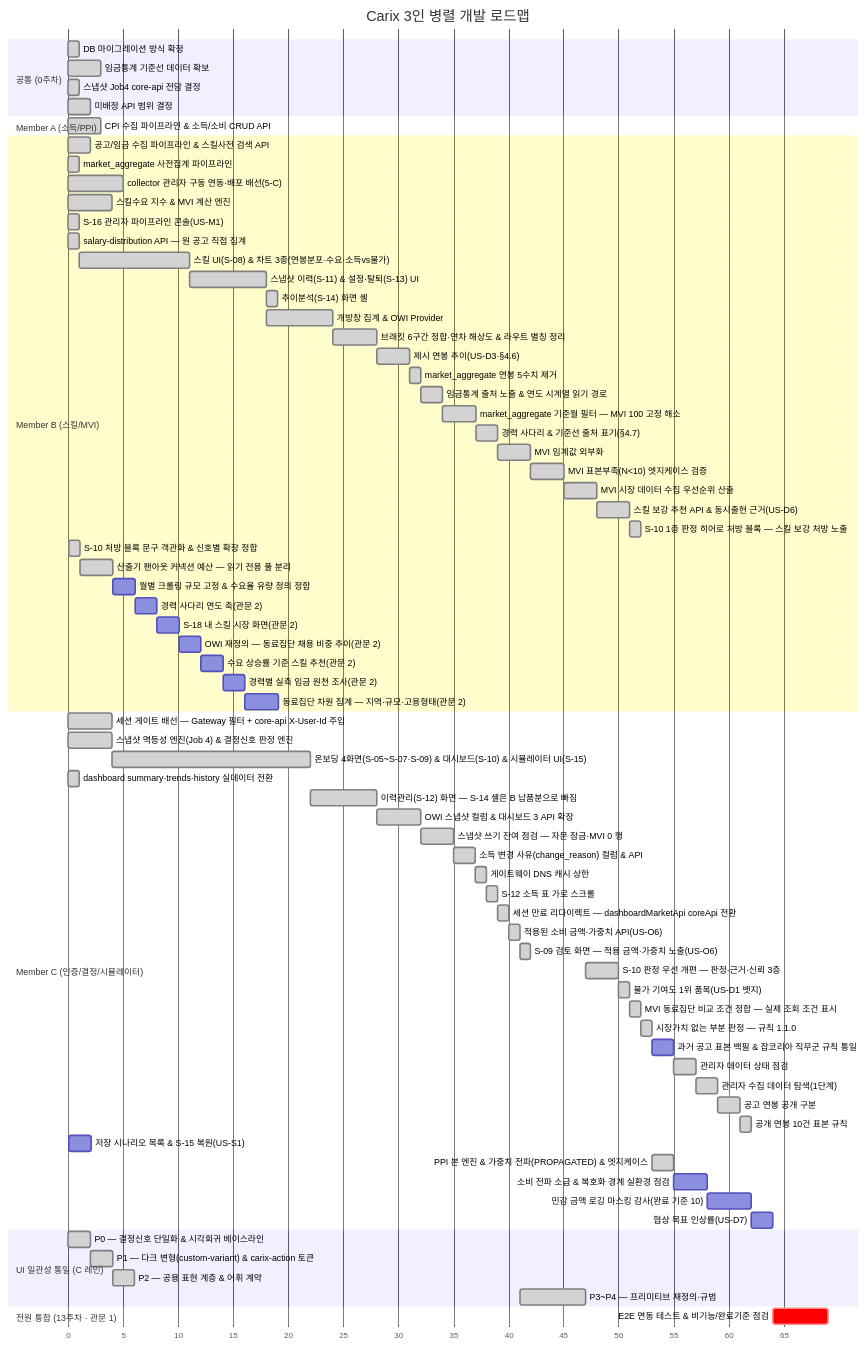
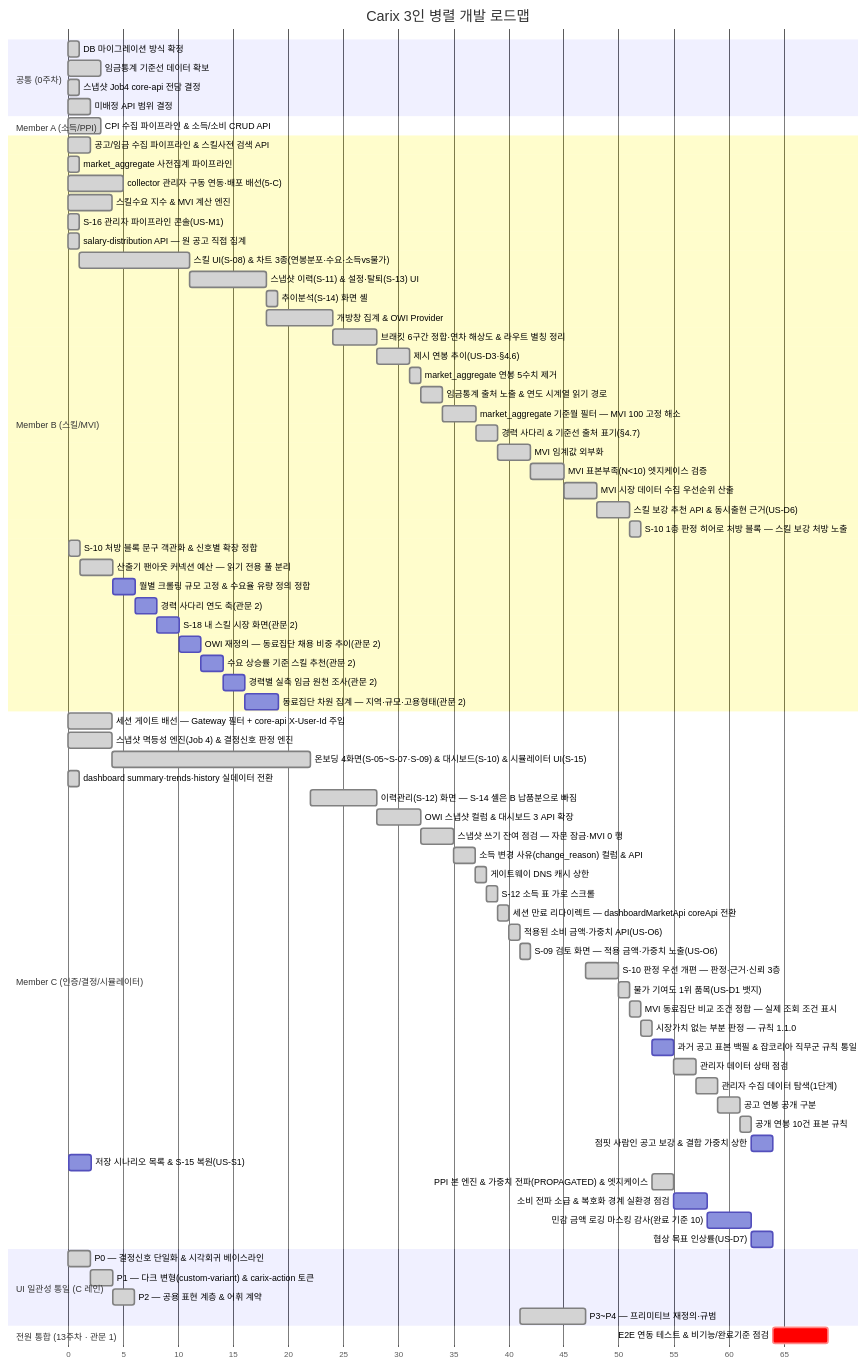
The first of 2 diagrams in docs/plans/carix-dev-plan.md (SeoHyeokGyu/Carix), drawn with Mermaid before and after one commit. The commit also changed other lines of this file and 6 other files, not shown here.

````diff
--- a/docs/plans/carix-dev-plan.md
+++ b/docs/plans/carix-dev-plan.md
@@ -94,79 +94,80 @@
 ```mermaid
 gantt
     title Carix 3인 병렬 개발 로드맵
     dateFormat X
     axisFormat %s
     section 공통 (0주차)
     DB 마이그레이션 방식 확정 :done, c0a, 0, 1s
     임금통계 기준선 데이터 확보 :done, a0, 3, 3s
     스냅샷 Job4 core-api 전담 결정 :done, i0, 7, 1s
     미배정 API 범위 결정 :done, c0, 7, 2s
     section Member A (소득/PPI)
     CPI 수집 파이프라인 & 소득/소비 CRUD API :done, a1, 12, 3s
     section Member B (스킬/MVI)
     공고/임금 수집 파이프라인 & 스킬사전 검색 API :done, b1, 2, 2s
     market_aggregate 사전집계 파이프라인 :done, b2a, 3, 1s
     collector 관리자 구동 연동·배포 배선(5-C) :done, b0, 7, 5s
     스킬수요 지수 & MVI 계산 엔진 :done, b2, 8, 4s
     S-16 관리자 파이프라인 콘솔(US-M1) :done, b16, 14, 1s
     salary-distribution API — 원 공고 직접 집계 :done, b3a, 15, 1s
     스킬 UI(S-08) & 차트 3종(연봉분포·수요·소득vs물가) :done, b3, after b3a, 10s
     스냅샷 이력(S-11) & 설정·탈퇴(S-13) UI :done, b4, after b3, 7s
     추이분석(S-14) 화면 셸 :done, b4a, after b4, 1s
     개방창 집계 & OWI Provider :done, b6, after b4, 6s
     브래킷 6구간 정합·연차 해상도 & 라우트 별칭 정리 :done, b7, after b6, 4s
     제시 연봉 추이(US-D3·§4.6) :done, b10, after b7, 3s
     market_aggregate 연봉 5수치 제거 :done, b11, after b10, 1s
     임금통계 출처 노출 & 연도 시계열 읽기 경로 :done, b13, after b11, 2s
     market_aggregate 기준월 필터 — MVI 100 고정 해소 :done, b18, after b13, 3s
     경력 사다리 & 기준선 출처 표기(§4.7) :done, b12, after b18, 2s
     MVI 임계값 외부화 :done, b8, after b12, 3s
     MVI 표본부족(N<10) 엣지케이스 검증 :done, b8a, after b8, 3s
     MVI 시장 데이터 수집 우선순위 산출 :done, b8b, after b8a, 3s
     스킬 보강 추천 API & 동시출현 근거(US-D6) :done, b9, after b8b, 3s
     S-10 1층 판정 히어로 처방 블록 — 스킬 보강 처방 노출 :done, b15, after b9, 1s
     S-10 처방 블록 문구 객관화 & 신호별 확장 정합 :done, b20, 83, 1s
     산출기 팬아웃 커넥션 예산 — 읽기 전용 풀 분리 :done, b17, after b20, 3s
     월별 크롤링 규모 고정 & 수요율 유량 정의 정합 :b21, after b17, 2s
     경력 사다리 연도 축(관문 2) :b14, after b21, 2s
     S-18 내 스킬 시장 화면(관문 2) :b19, after b14, 2s
     OWI 재정의 — 동료집단 채용 비중 추이(관문 2) :b22, after b19, 2s
     수요 상승률 기준 스킬 추천(관문 2) :b23, after b22, 2s
     경력별 실측 임금 원천 조사(관문 2) :b24, after b23, 2s
     동료집단 차원 집계 — 지역·규모·고용형태(관문 2) :b25, after b24, 3s
     section Member C (인증/결정/시뮬레이터)
     세션 게이트 배선 — Gateway 필터 + core-api X-User-Id 주입 :done, c0b, 7, 4s
     스냅샷 멱등성 엔진(Job 4) & 결정신호 판정 엔진 :done, c2, 8, 4s
     온보딩 4화면(S-05~S-07·S-09) & 대시보드(S-10) & 시뮬레이터 UI(S-15) :done, c3, after c2, 18s
     dashboard summary·trends·history 실데이터 전환 :done, c4a, 15, 1s
     이력관리(S-12) 화면 — S-14 셸은 B 납품분으로 빠짐 :done, c4, after c3, 6s
     OWI 스냅샷 컬럼 & 대시보드 3 API 확장 :done, c6, after c4, 4s
     스냅샷 쓰기 잔여 점검 — 자문 잠금·MVI 0 행 :done, c5, after c6, 3s
     소득 변경 사유(change_reason) 컬럼 & API :done, c10, after c5, 2s
     게이트웨이 DNS 캐시 상한 :done, c7, after c10, 1s
     S-12 소득 표 가로 스크롤 :done, c13, after c7, 1s
     세션 만료 리다이렉트 — dashboardMarketApi coreApi 전환 :done, c16, after c13, 1s
     적용된 소비 금액·가중치 API(US-O6) :done, c11, after c16, 1s
     S-09 검토 화면 — 적용 금액·가중치 노출(US-O6) :done, c17, after c11, 1s
     S-10 판정 우선 개편 — 판정·근거·신뢰 3층 :done, c15, after ui3, 3s
     물가 기여도 1위 품목(US-D1 뱃지) :done, c12, after c15, 1s
     MVI 동료집단 비교 조건 정합 — 실제 조회 조건 표시 :done, c22, after c12, 1s
     시장가치 없는 부분 판정 — 규칙 1.1.0 :done, c23, after c22, 1s
     과거 공고 표본 백필 & 잡코리아 직무군 규칙 통일 :c24, after c23, 2s
     관리자 데이터 상태 점검 :done, c25, after c24, 2s
     관리자 수집 데이터 탐색(1단계) :done, c26, after c25, 2s
     공고 연봉 공개 구분 :done, c27, after c26, 2s
     공개 연봉 10건 표본 규칙 :done, c28, after c27, 1s
+    점핏 사람인 공고 보강 & 결합 가중치 상한 :c29, after c28, 2s
     저장 시나리오 목록 & S-15 복원(US-S1) :c9, 83, 2s
     PPI 본 엔진 & 가중치 전파(PROPAGATED) & 엣지케이스 :done, a2, after c23, 2s
     소비 전파 소급 & 복호화 경계 실환경 점검 :a12, after a2 c9, 3s
     민감 금액 로깅 마스킹 감사(완료 기준 10) :a7, after a12, 4s
     협상 목표 인상률(US-D7) :c8, after a7, 2s
     section UI 일관성 통일 (C 레인)
     P0 — 결정신호 단일화 & 시각회귀 베이스라인 :done, ui0, 33, 2s
     P1 — 다크 변형(custom-variant) & carix-action 토큰 :done, ui1, after ui0, 2s
     P2 — 공용 표현 계층 & 어휘 계약 :done, ui2, after ui1, 2s
     P3~P4 — 프리미티브 재정의·규범 :done, ui3, after c11, 6s
     section 전원 통합 (13주차 · 관문 1)
     E2E 연동 테스트 & 비기능/완료기준 점검 :crit, e2e, after b21 c8, 5s
 ```
````
